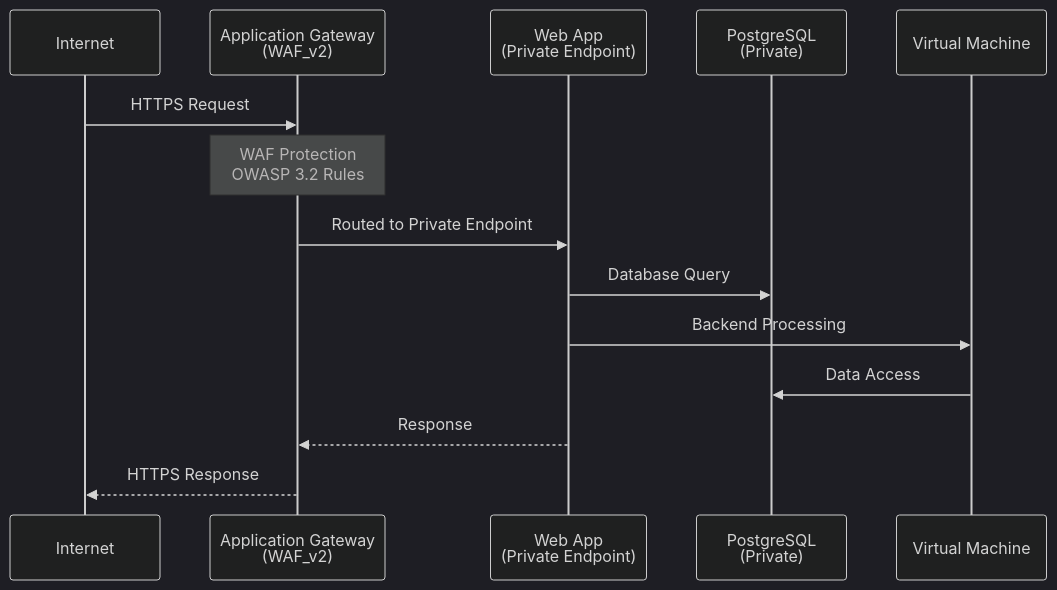
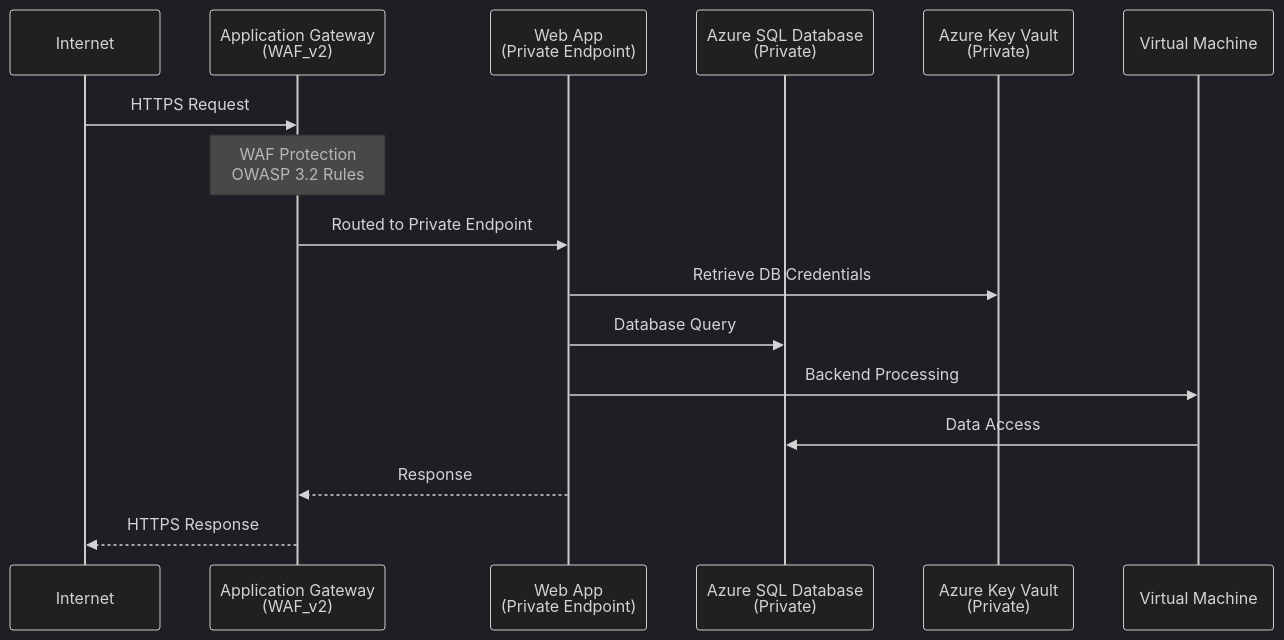
Before and after one commit to PlagueHO/copilot-in-azure-demo: the second of 2 diagrams in docs/ARCHITECTURE.md, drawn with Mermaid (dark theme). The commit also changed other lines of this file and 9 other files, not shown here.

First line of the commit message:
CHANGE: Update architecture documentation for Azure SQL

````diff
--- a/docs/ARCHITECTURE.md
+++ b/docs/ARCHITECTURE.md
@@ -115,17 +122,19 @@
 ```mermaid
 sequenceDiagram
     participant Internet
     participant AppGateway as Application Gateway<br/>(WAF_v2)
     participant WebApp as Web App<br/>(Private Endpoint)
-    participant PostgreSQL as PostgreSQL<br/>(Private)
+    participant SQLDatabase as Azure SQL Database<br/>(Private)
+    participant KeyVault as Azure Key Vault<br/>(Private)
     participant VM as Virtual Machine
 
     Internet->>AppGateway: HTTPS Request
     Note over AppGateway: WAF Protection<br/>OWASP 3.2 Rules
     AppGateway->>WebApp: Routed to Private Endpoint
-    WebApp->>PostgreSQL: Database Query
+    WebApp->>KeyVault: Retrieve DB Credentials
+    WebApp->>SQLDatabase: Database Query
     WebApp->>VM: Backend Processing
-    VM->>PostgreSQL: Data Access
+    VM->>SQLDatabase: Data Access
     WebApp-->>AppGateway: Response
     AppGateway-->>Internet: HTTPS Response
 ```
````
